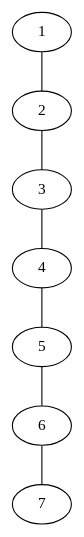
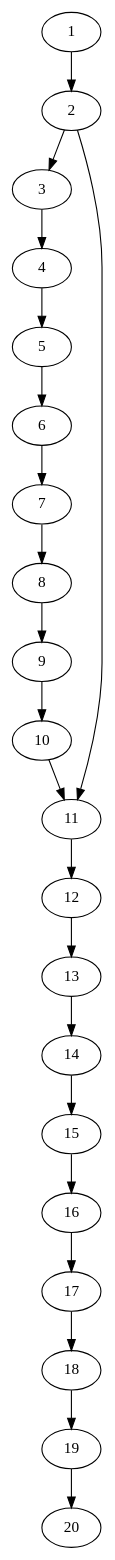
The diagram in output.dot (DanielTMolloy919/PDG-Plagiarism-Detector), drawn with Graphviz before and after one commit. The commit also changed 13 other files, not shown here.

Commit message:
Successfully graph if statements

```diff
--- a/output.dot
+++ b/output.dot
@@ -1,15 +1,42 @@
-graph G {
+strict digraph G {
   1;
   2;
   3;
   4;
   5;
   6;
   7;
-  1 -- 2;
-  2 -- 3;
-  3 -- 4;
-  4 -- 5;
-  5 -- 6;
-  6 -- 7;
+  8;
+  9;
+  10;
+  11;
+  12;
+  13;
+  14;
+  15;
+  16;
+  17;
+  18;
+  19;
+  20;
+  1 -> 2;
+  2 -> 3;
+  10 -> 11;
+  2 -> 11;
+  3 -> 4;
+  4 -> 5;
+  5 -> 6;
+  6 -> 7;
+  7 -> 8;
+  8 -> 9;
+  9 -> 10;
+  11 -> 12;
+  12 -> 13;
+  13 -> 14;
+  14 -> 15;
+  15 -> 16;
+  16 -> 17;
+  17 -> 18;
+  18 -> 19;
+  19 -> 20;
 }
```
